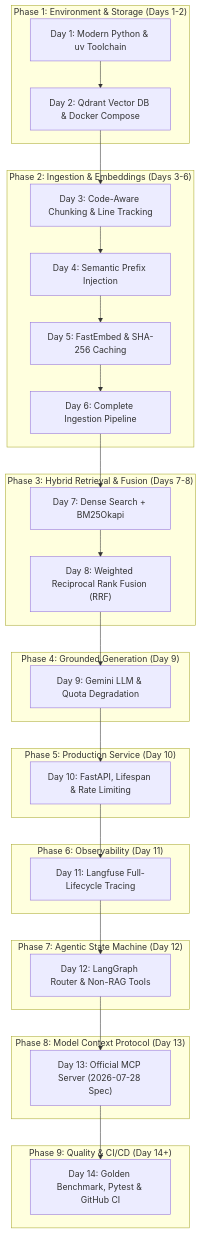
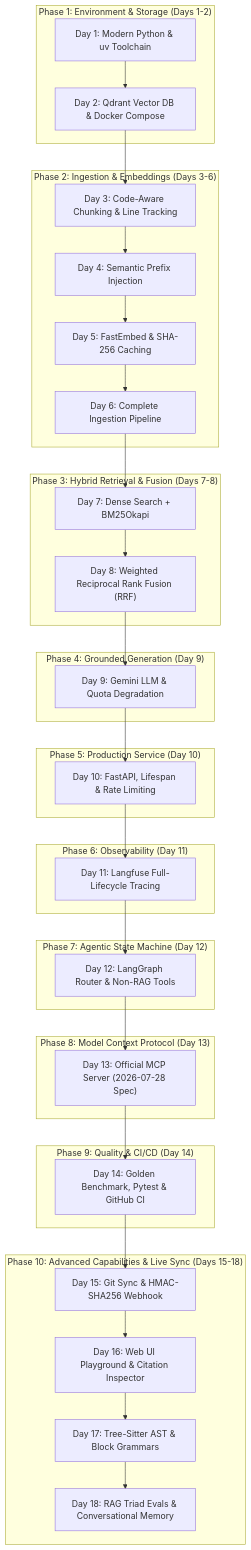
Before and after one commit to krotrn/campus-connect-ai: the diagram in docs/developer-guide/04-step-by-step-build-curriculum.md, drawn with Mermaid. The commit also changed other lines of this file and 5 other files, not shown here.

````diff
--- a/docs/developer-guide/04-step-by-step-build-curriculum.md
+++ b/docs/developer-guide/04-step-by-step-build-curriculum.md
@@ -17,45 +17,52 @@
 ```mermaid
 flowchart TD
     subgraph "Phase 1: Environment & Storage (Days 1-2)"
         D1["Day 1: Modern Python & uv Toolchain"]
         D2["Day 2: Qdrant Vector DB & Docker Compose"]
     end
 
     subgraph "Phase 2: Ingestion & Embeddings (Days 3-6)"
         D3["Day 3: Code-Aware Chunking & Line Tracking"]
         D4["Day 4: Semantic Prefix Injection"]
         D5["Day 5: FastEmbed & SHA-256 Caching"]
         D6["Day 6: Complete Ingestion Pipeline"]
     end
 
     subgraph "Phase 3: Hybrid Retrieval & Fusion (Days 7-8)"
         D7["Day 7: Dense Search + BM25Okapi"]
         D8["Day 8: Weighted Reciprocal Rank Fusion (RRF)"]
     end
 
     subgraph "Phase 4: Grounded Generation (Day 9)"
         D9["Day 9: Gemini LLM & Quota Degradation"]
     end
 
     subgraph "Phase 5: Production Service (Day 10)"
         D10["Day 10: FastAPI, Lifespan & Rate Limiting"]
     end
 
     subgraph "Phase 6: Observability (Day 11)"
         D11["Day 11: Langfuse Full-Lifecycle Tracing"]
     end
 
     subgraph "Phase 7: Agentic State Machine (Day 12)"
         D12["Day 12: LangGraph Router & Non-RAG Tools"]
     end
 
     subgraph "Phase 8: Model Context Protocol (Day 13)"
         D13["Day 13: Official MCP Server (2026-07-28 Spec)"]
     end
 
-    subgraph "Phase 9: Quality & CI/CD (Day 14+)"
+    subgraph "Phase 9: Quality & CI/CD (Day 14)"
         D14["Day 14: Golden Benchmark, Pytest & GitHub CI"]
     end
 
-    D1 --> D2 --> D3 --> D4 --> D5 --> D6 --> D7 --> D8 --> D9 --> D10 --> D11 --> D12 --> D13 --> D14
+    subgraph "Phase 10: Advanced Capabilities & Live Sync (Days 15-18)"
+        D15["Day 15: Git Sync & HMAC-SHA256 Webhook"]
+        D16["Day 16: Web UI Playground & Citation Inspector"]
+        D17["Day 17: Tree-Sitter AST & Block Grammars"]
+        D18["Day 18: RAG Triad Evals & Conversational Memory"]
+    end
+
+    D1 --> D2 --> D3 --> D4 --> D5 --> D6 --> D7 --> D8 --> D9 --> D10 --> D11 --> D12 --> D13 --> D14 --> D15 --> D16 --> D17 --> D18
 ```
````
